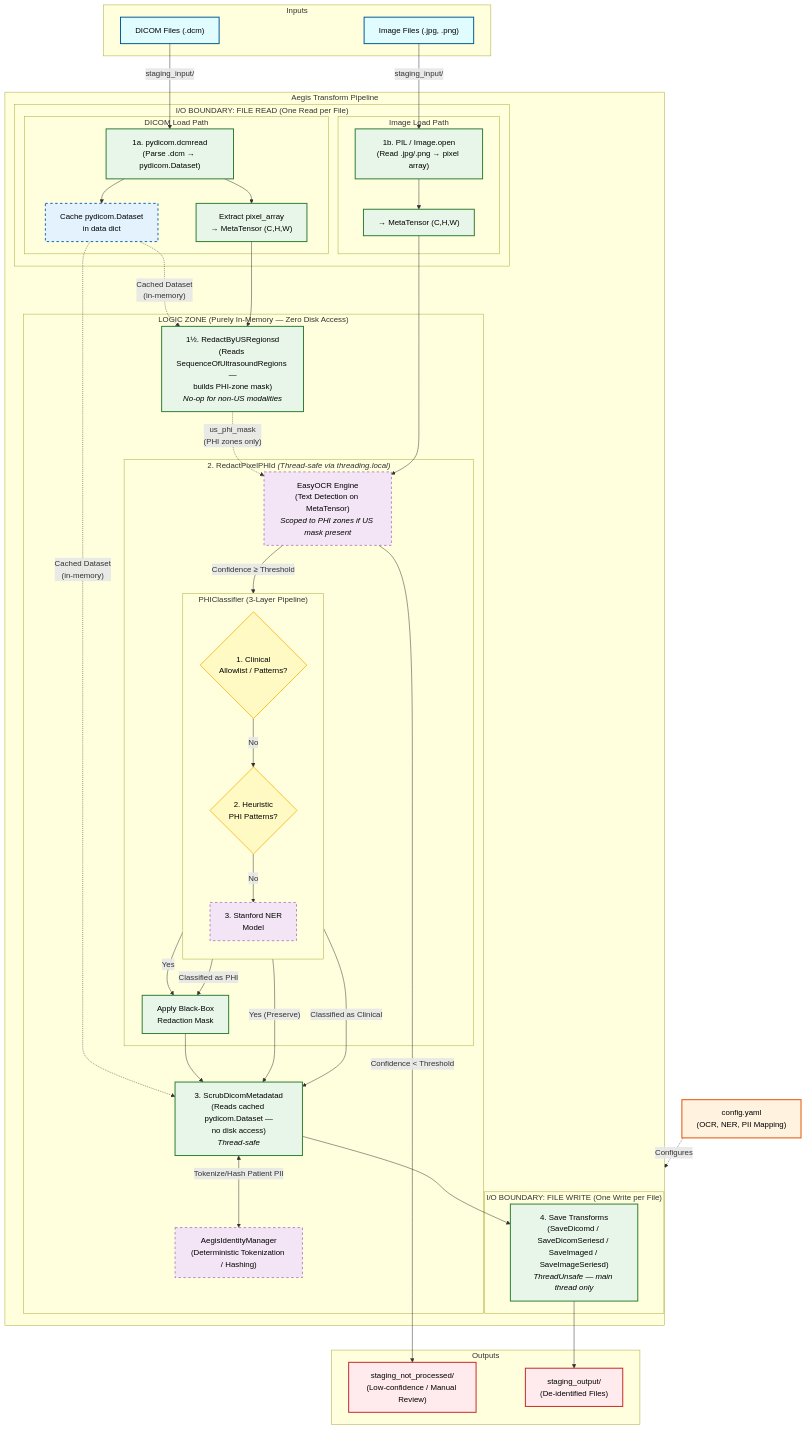
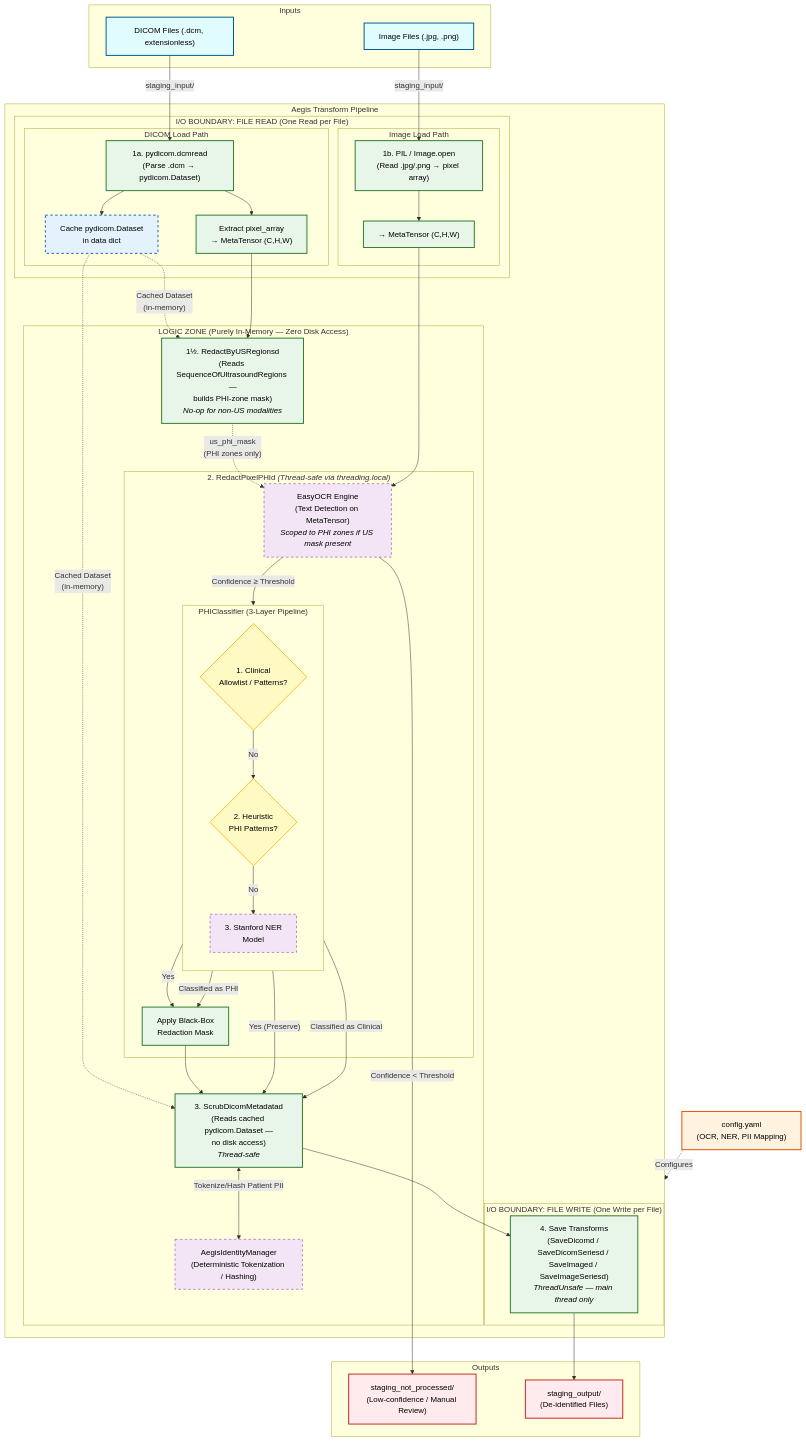
The first of 2 diagrams in README.md (lakshmi-mahabaleshwara/aegis), drawn with Mermaid before and after one commit. The commit also changed other lines of this file and 1 other file, not shown here.

```diff
--- a/README.md
+++ b/README.md
@@ -92,7 +103,7 @@
     classDef cache fill:#e3f2fd,stroke:#1565c0,stroke-width:2px,stroke-dasharray: 5 5,color:#000;
 
     subgraph Inputs ["Inputs"]
-        dicom["DICOM Files (.dcm)"]:::input
+        dicom["DICOM Files (.dcm, extensionless)"]:::input
         img["Image Files (.jpg, .png)"]:::input
     end
 
```
